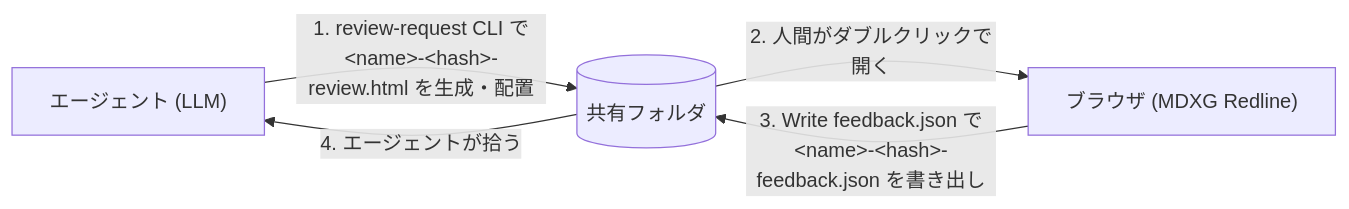
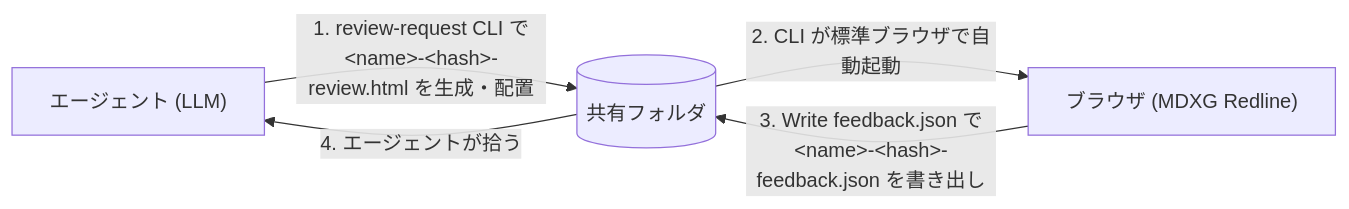
Before and after one commit to oubakiou/mdxg-redline: the first of 2 diagrams in docs/DESIGN.md, drawn with Mermaid. The commit also changed other lines of this file and 1 other file, not shown here.

````diff
--- a/docs/DESIGN.md
+++ b/docs/DESIGN.md
@@ -77,10 +77,10 @@
 ```mermaid
 flowchart LR
     Agent["エージェント (LLM)"]
     Folder[("共有フォルダ")]
     Browser["ブラウザ (MDXG Redline)"]
     Agent -- "1. review-request CLI で<br/>&lt;name&gt;-&lt;hash&gt;-review.html を生成・配置" --> Folder
-    Folder -- "2. 人間がダブルクリックで開く" --> Browser
+    Folder -- "2. CLI が標準ブラウザで自動起動" --> Browser
     Browser -- "3. Write feedback.json で<br/>&lt;name&gt;-&lt;hash&gt;-feedback.json を書き出し" --> Folder
     Folder -- "4. エージェントが拾う" --> Agent
 ```
````
